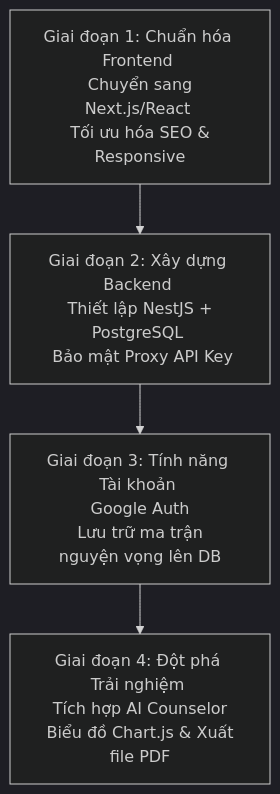
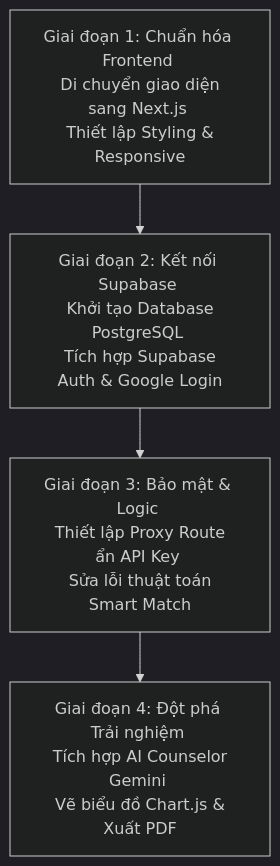
The diagram in README.md (xuanduc-nxd/banket-bwd), drawn with Mermaid (dark theme) before and after one commit. The commit also changed other lines of this file and 27 other files, not shown here.

````diff
--- a/README.md
+++ b/README.md
@@ -135,6 +135,6 @@
 ```mermaid
 graph TD
-    A["Giai đoạn 1: Chuẩn hóa Frontend <br> Chuyển sang Next.js/React <br> Tối ưu hóa SEO & Responsive"] --> B["Giai đoạn 2: Xây dựng Backend <br> Thiết lập NestJS + PostgreSQL <br> Bảo mật Proxy API Key"]
-    B --> C["Giai đoạn 3: Tính năng Tài khoản <br> Google Auth <br> Lưu trữ ma trận nguyện vọng lên DB"]
-    C --> D["Giai đoạn 4: Đột phá Trải nghiệm <br> Tích hợp AI Counselor <br> Biểu đồ Chart.js & Xuất file PDF"]
+    A["Giai đoạn 1: Chuẩn hóa Frontend <br> Di chuyển giao diện sang Next.js <br> Thiết lập Styling & Responsive"] --> B["Giai đoạn 2: Kết nối Supabase <br> Khởi tạo Database PostgreSQL <br> Tích hợp Supabase Auth & Google Login"]
+    B --> C["Giai đoạn 3: Bảo mật & Logic <br> Thiết lập Proxy Route ẩn API Key <br> Sửa lỗi thuật toán Smart Match"]
+    C --> D["Giai đoạn 4: Đột phá Trải nghiệm <br> Tích hợp AI Counselor Gemini <br> Vẽ biểu đồ Chart.js & Xuất PDF"]
 ```
````
